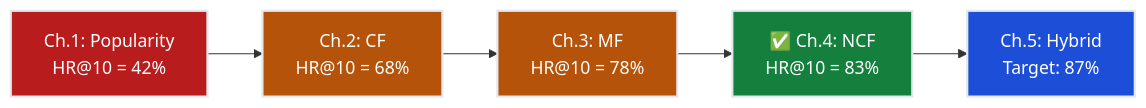
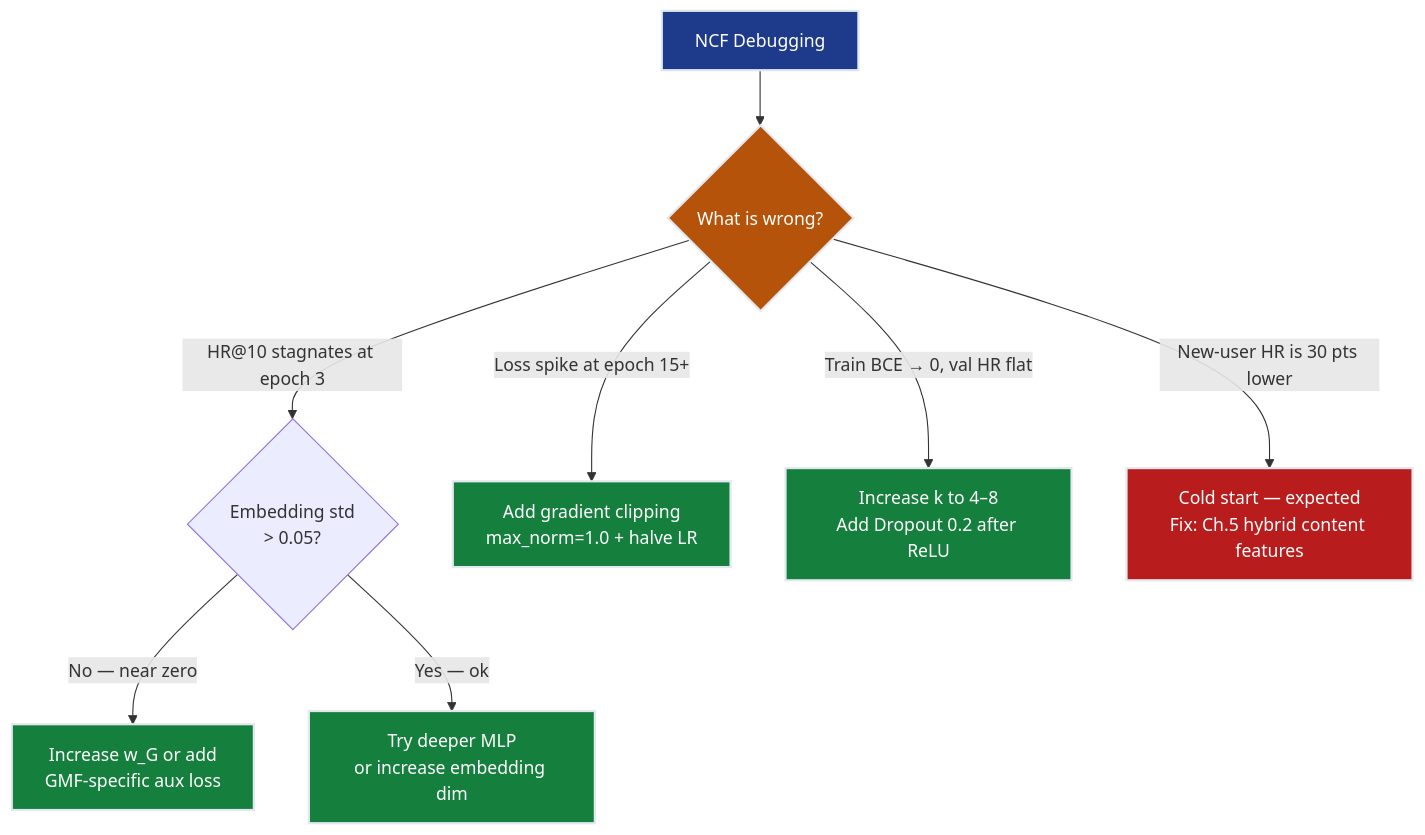
One commit to deepakshamsft/ai-portfolio changed the fourth of 4 diagrams in notes/01-ml/04_recommender_systems/ch04_neural_cf/README.md. Above: the diagram before and after it, drawn with Mermaid. The commit also changed other lines of this file and 727 other files, not shown here.

````diff
--- a/notes/01-ml/04_recommender_systems/ch04_neural_cf/README.md
+++ b/notes/01-ml/04_recommender_systems/ch04_neural_cf/README.md
@@ -561,13 +565,20 @@
 ```mermaid
-flowchart LR
-    CH1["Ch.1: Popularity<br/>HR@10 = 42%"] --> CH2["Ch.2: CF<br/>HR@10 = 68%"]
-    CH2 --> CH3["Ch.3: MF<br/>HR@10 = 78%"]
-    CH3 --> CH4["✅ Ch.4: NCF<br/>HR@10 = 83%"]
-    CH4 --> CH5["Ch.5: Hybrid<br/>Target: 87%"]
-    
-    style CH1 fill:#b91c1c,stroke:#e2e8f0,stroke-width:2px,color:#ffffff
-    style CH2 fill:#b45309,stroke:#e2e8f0,stroke-width:2px,color:#ffffff
-    style CH3 fill:#b45309,stroke:#e2e8f0,stroke-width:2px,color:#ffffff
-    style CH4 fill:#15803d,stroke:#e2e8f0,stroke-width:2px,color:#ffffff
-    style CH5 fill:#1d4ed8,stroke:#e2e8f0,stroke-width:2px,color:#ffffff
+flowchart TD
+    PROBLEM["NCF Debugging"] --> SYMPTOM{"What is wrong?"}
+
+    SYMPTOM -->|"HR@10 stagnates at epoch 3"| EMB{"Embedding std\n> 0.05?"}
+    SYMPTOM -->|"Loss spike at epoch 15+"| CLIP["Add gradient clipping\nmax_norm=1.0 + halve LR"]
+    SYMPTOM -->|"Train BCE → 0, val HR flat"| OVER["Increase k to 4–8\nAdd Dropout 0.2 after ReLU"]
+    SYMPTOM -->|"New-user HR is 30 pts lower"| COLD["Cold start — expected\nFix: Ch.5 hybrid content features"]
+
+    EMB -->|"No — near zero"| FIX1["Increase w_G or add\nGMF-specific aux loss"]
+    EMB -->|"Yes — ok"| FIX2["Try deeper MLP\nor increase embedding dim"]
+
+    style PROBLEM fill:#1e3a8a,stroke:#e2e8f0,stroke-width:2px,color:#ffffff
+    style SYMPTOM fill:#b45309,stroke:#e2e8f0,stroke-width:2px,color:#ffffff
+    style CLIP fill:#15803d,stroke:#e2e8f0,stroke-width:2px,color:#ffffff
+    style OVER fill:#15803d,stroke:#e2e8f0,stroke-width:2px,color:#ffffff
+    style FIX1 fill:#15803d,stroke:#e2e8f0,stroke-width:2px,color:#ffffff
+    style FIX2 fill:#15803d,stroke:#e2e8f0,stroke-width:2px,color:#ffffff
+    style COLD fill:#b91c1c,stroke:#e2e8f0,stroke-width:2px,color:#ffffff
 ```
````
